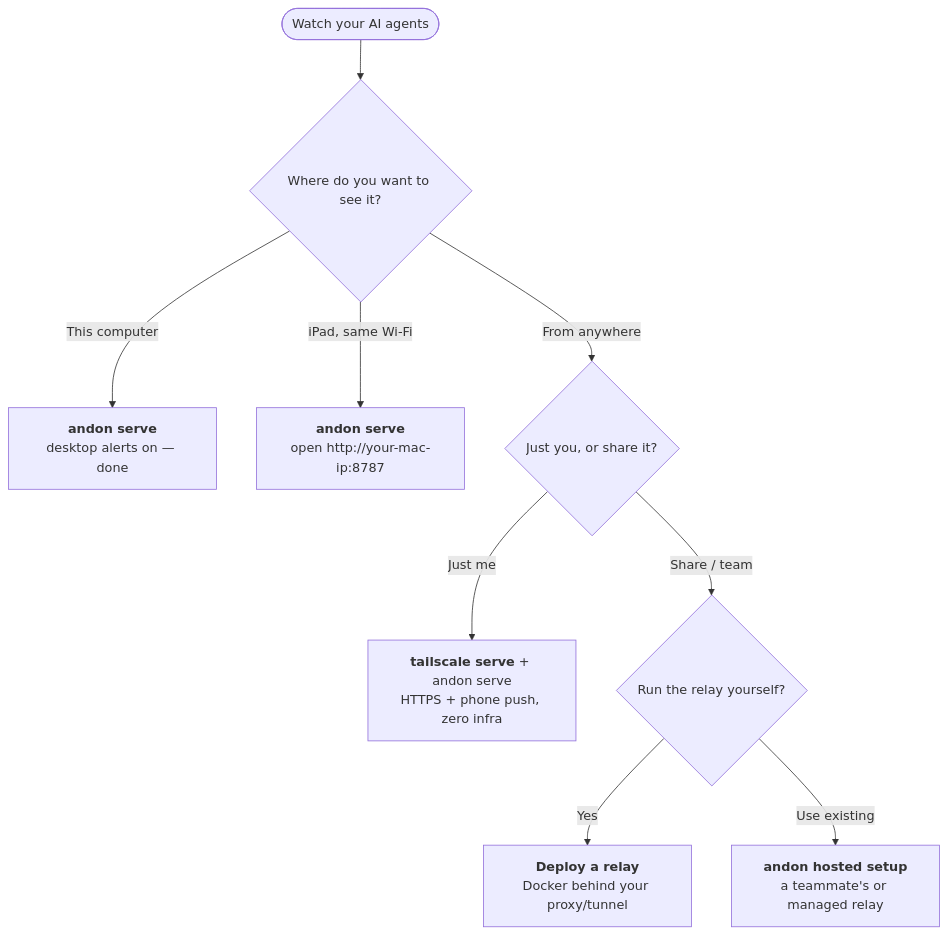
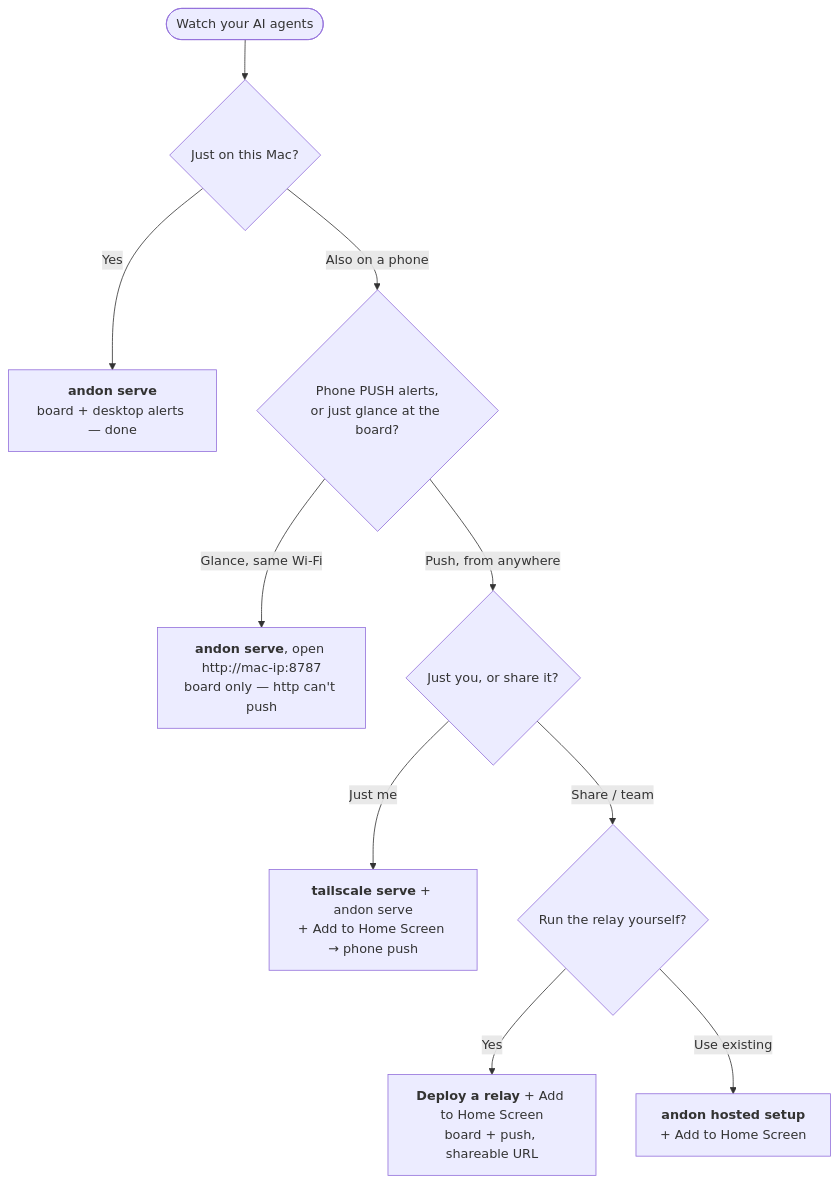
The diagram in README.md (tianshanghong/agent-andon), drawn with Mermaid before and after one commit. The commit also changed other lines of this file, not shown here.

First line of the commit message:
docs: make phone PUSH a first-class branch in the setup router

````diff
--- a/README.md
+++ b/README.md
@@ -372,11 +374,12 @@
 ```mermaid
 flowchart TD
-    A(["Watch your AI agents"]) --> B{"Where do you want to see it?"}
-    B -->|This computer| S["<b>andon serve</b><br/>desktop alerts on — done"]
-    B -->|iPad, same Wi-Fi| L["<b>andon serve</b><br/>open http://your-mac-ip:8787"]
-    B -->|From anywhere| D{"Just you, or share it?"}
-    D -->|Just me| T["<b>tailscale serve</b> + andon serve<br/>HTTPS + phone push, zero infra"]
-    D -->|Share / team| E{"Run the relay yourself?"}
-    E -->|Yes| R["<b>Deploy a relay</b><br/>Docker behind your proxy/tunnel"]
-    E -->|Use existing| H["<b>andon hosted setup</b><br/>a teammate's or managed relay"]
+    A(["Watch your AI agents"]) --> B{"Just on this Mac?"}
+    B -->|Yes| S["<b>andon serve</b><br/>board + desktop alerts — done"]
+    B -->|Also on a phone| C{"Phone PUSH alerts,<br/>or just glance at the board?"}
+    C -->|Glance, same Wi-Fi| L["<b>andon serve</b>, open http://mac-ip:8787<br/>board only — http can't push"]
+    C -->|Push, from anywhere| P{"Just you, or share it?"}
+    P -->|Just me| T["<b>tailscale serve</b> + andon serve<br/>+ Add to Home Screen → phone push"]
+    P -->|Share / team| E{"Run the relay yourself?"}
+    E -->|Yes| R["<b>Deploy a relay</b> + Add to Home Screen<br/>board + push, shareable URL"]
+    E -->|Use existing| H["<b>andon hosted setup</b><br/>+ Add to Home Screen"]
 ```
````
